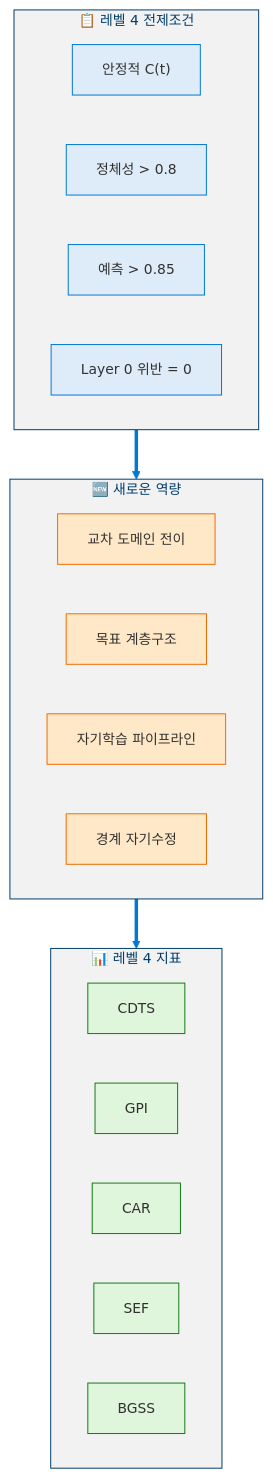
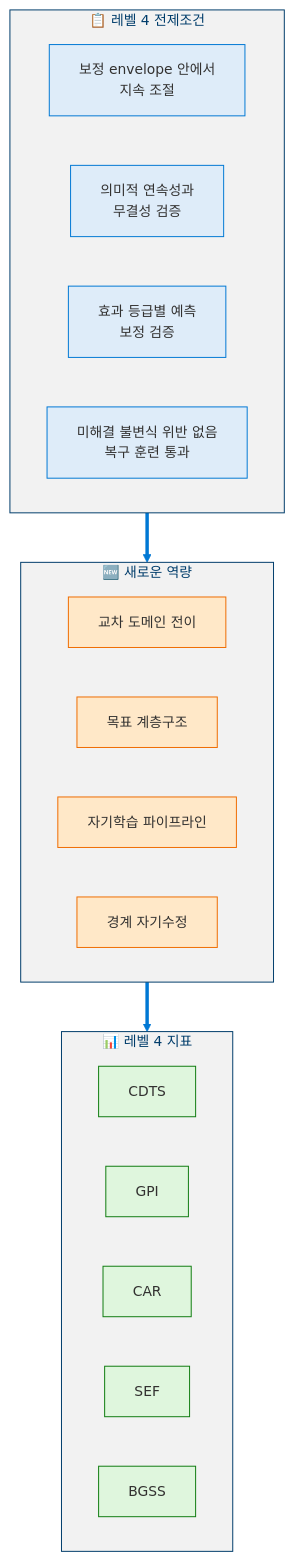
Diagram 19 of 19 in docs/levels/Level_3_Self_Regulating_Agent.ko.md (dotnetpower/mscp), drawn with Mermaid before and after one commit. The commit also changed other lines of this file and 21 other files, not shown here.

````diff
--- a/docs/levels/Level_3_Self_Regulating_Agent.ko.md
+++ b/docs/levels/Level_3_Self_Regulating_Agent.ko.md
@@ -1374,35 +1519,35 @@
 ```mermaid
 %%{init: {'theme': 'base', 'themeVariables': {'primaryColor': '#0078D4', 'primaryTextColor': '#003D6B', 'primaryBorderColor': '#003D6B', 'secondaryColor': '#50E6FF', 'secondaryTextColor': '#323130', 'secondaryBorderColor': '#00BCF2', 'tertiaryColor': '#F2F2F2', 'tertiaryTextColor': '#323130', 'lineColor': '#0078D4', 'textColor': '#323130', 'mainBkg': '#DEECF9', 'nodeBorder': '#0078D4', 'clusterBkg': '#F2F2F2', 'clusterBorder': '#003D6B', 'titleColor': '#003D6B', 'edgeLabelBackground': '#FFFFFF', 'fontSize': '14px'}}}%%
 flowchart TD
   classDef prereq fill:#DEECF9,stroke:#0078D4,color:#323130
   classDef newcap fill:#FFE8C8,stroke:#EF6C00,color:#323130
   classDef metric fill:#DFF6DD,stroke:#107C10,color:#323130
 
   subgraph Prereqs["📋 레벨 4 전제조건"]
     direction LR
-    P1["안정적 C(t)"]:::prereq
-    P2["정체성 > 0.8"]:::prereq
-    P3["예측 > 0.85"]:::prereq
-    P4["Layer 0 위반 = 0"]:::prereq
+    P1["보정 envelope 안에서<br/>지속 조절"]:::prereq
+    P2["의미적 연속성과<br/>무결성 검증"]:::prereq
+    P3["효과 등급별 예측<br/>보정 검증"]:::prereq
+    P4["미해결 불변식 위반 없음<br/>복구 훈련 통과"]:::prereq
   end
 
   subgraph NewCaps["🆕 새로운 역량"]
     direction LR
     N1["교차 도메인 전이"]:::newcap
     N2["목표 계층구조"]:::newcap
     N3["자기학습 파이프라인"]:::newcap
     N4["경계 자기수정"]:::newcap
   end
 
   subgraph Metrics["📊 레벨 4 지표"]
     direction LR
     M1["CDTS"]:::metric
     M2["GPI"]:::metric
     M3["CAR"]:::metric
     M4["SEF"]:::metric
     M5["BGSS"]:::metric
   end
 
   Prereqs ==> NewCaps
   NewCaps ==> Metrics
 ```
````
